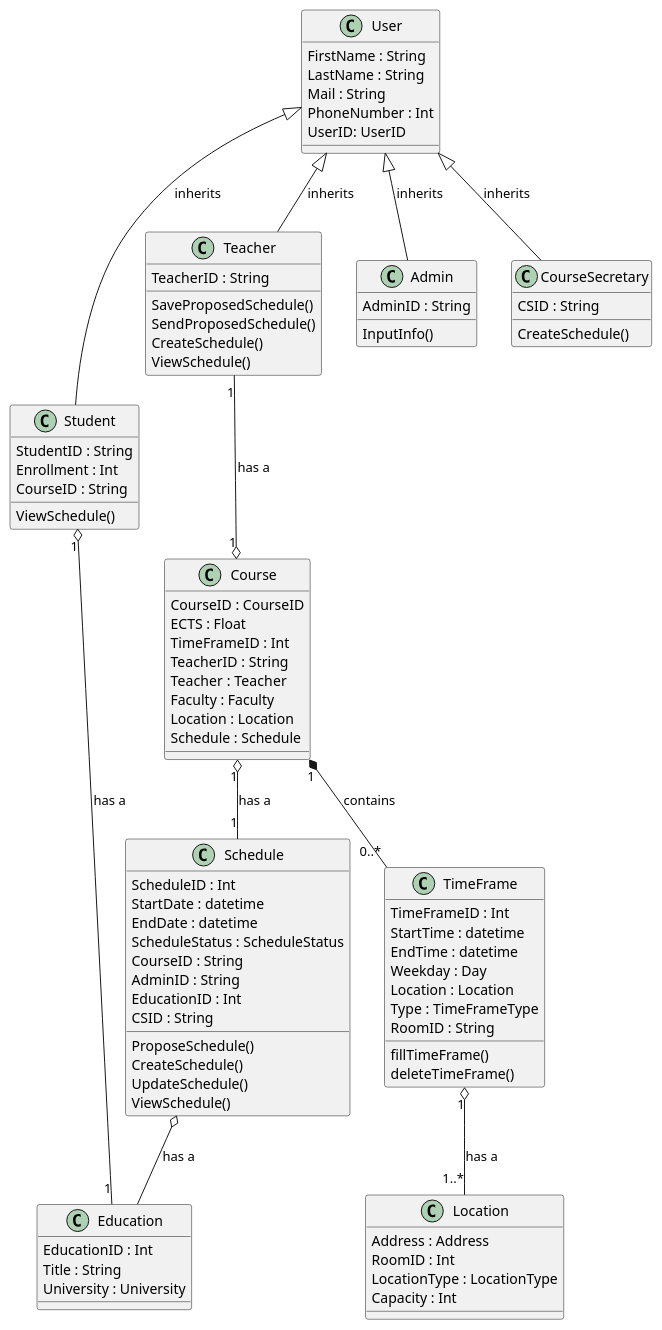
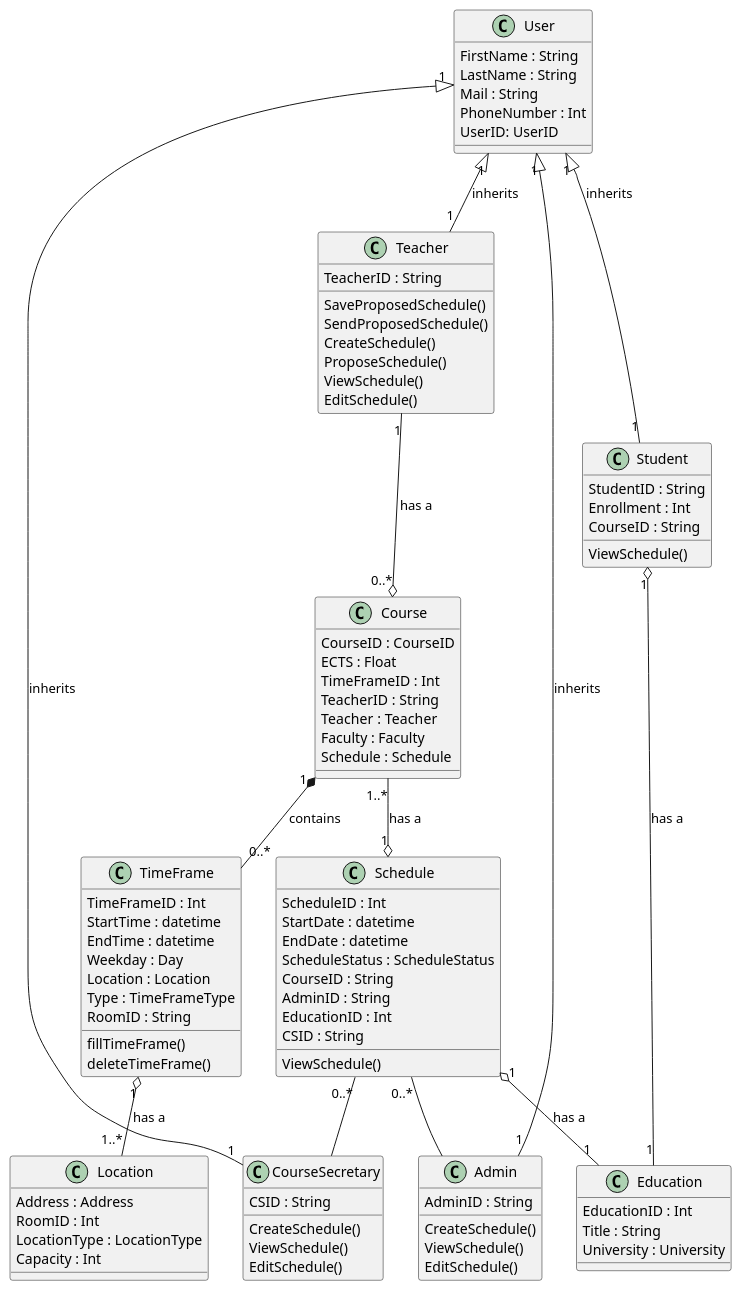
The diagram in Diagrams/ClassDiagram.puml (frejabauch/Systemudvikling_FSIS), drawn with PlantUML before and after one commit. The commit also changed 21 other files, not shown here.

Commit message:
Cleanup in classes and updated class diagram

```diff
--- a/Diagrams/ClassDiagram.puml
+++ b/Diagrams/ClassDiagram.puml
@@ -1,132 +1,121 @@
 @startuml ClassDiagram
 
 class Education {
     EducationID : Int
     Title : String
     University : University
 }
 
 class Schedule{
     ScheduleID : Int
     StartDate : datetime
     EndDate : datetime
     ScheduleStatus : ScheduleStatus
     CourseID : String
     AdminID : String
     EducationID : Int
     CSID : String
-    ProposeSchedule()
-    CreateSchedule()
-    UpdateSchedule()
+
     ViewSchedule()
 }
 
 class Location{
     Address : Address
     RoomID : Int
     LocationType : LocationType
     Capacity : Int
 }
 
 class Course{
     CourseID : CourseID
     ECTS : Float
     TimeFrameID : Int
     TeacherID : String
     Teacher : Teacher
     Faculty : Faculty
-    Location : Location
     Schedule : Schedule
 }
 
-' class Class{
-'     StartTime : datetime
-'     EndTime : datetime
-'     ClassLocation : Location
-'     ClassType : ClassType
-'     Teachers : Teacher[]
-'     EnrolledStudents : Student[]
-'     setLocation()
-'     setClassType()
-' }
-
-' class Login{
-'     LoginType : LogType
-'     UserType : UType
-'     authenticate()
-' }
 
 class User{
     FirstName : String
     LastName : String
     Mail : String
     PhoneNumber : Int
     UserID: UserID
 }
 
 ' class Semester{
 '     Courses : Course[]
 '     StartDate : Datetime
 ' }
 
 class Student{
     StudentID : String
     Enrollment : Int
     CourseID : String
     ViewSchedule()
 }
 
 class Teacher{
     TeacherID : String
     SaveProposedSchedule()
     SendProposedSchedule()
     CreateSchedule()
+    ProposeSchedule()
     ViewSchedule()
+    EditSchedule()
 }
 
 class Admin{
     AdminID : String
-    InputInfo()
+    CreateSchedule()
+    ViewSchedule()
+    EditSchedule()
 }
 
 class TimeFrame{
     TimeFrameID : Int
     StartTime : datetime
     EndTime : datetime
     Weekday : Day
     Location : Location
     Type : TimeFrameType
     RoomID : String
     fillTimeFrame()
     deleteTimeFrame()
 }
 
 class CourseSecretary{
     CSID : String
     CreateSchedule()
+    ViewSchedule()
+    EditSchedule()
 }
 
 ' User"1" o-- "1" Schedule : has a
-Course"1" o-- "1" Schedule : has a
+Course"1..*" --o "1" Schedule : has a
 ' Student"1" o-- "1" Schedule : has a
 ' Teacher"1" o-- "1" Schedule : has a
 
 ' Education"1" *-- "4..6" Semester : contains
 
 TimeFrame "1" o-- "1..*"Location : has a
 
-User <|-- Student : inherits
-User <|-- Teacher : inherits
-User <|-- Admin : inherits
-User <|-- CourseSecretary : inherits
+User"1" <|-- "1"Student : inherits
+User"1" <|-- "1"Teacher : inherits
+User"1" <|-- "1"Admin : inherits
+User"1" <|-- "1"CourseSecretary : inherits
 
 ' Semester"1" *-- "1..*" Course : contains
 ' Course"1" *-- "0..*" Class : contains
 Course"1" *-- "0..*" TimeFrame : contains
-Teacher"1" --o "1" Course : has a
+Teacher"1" --o "0..*" Course : has a
 Student"1" o-- "1" Education : has a
-Schedule o-- Education : has a
+Schedule"1" o-- "1"Education : has a
+Schedule"0..*" -- Admin
+Schedule"0..*" -- CourseSecretary
 
 ' Login "1" -- "1" User : login
 
 @enduml
```
